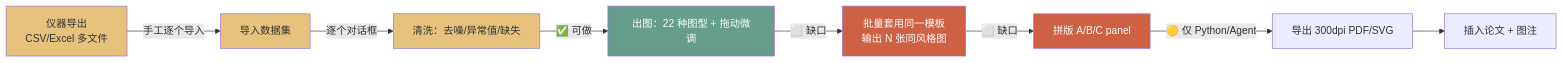
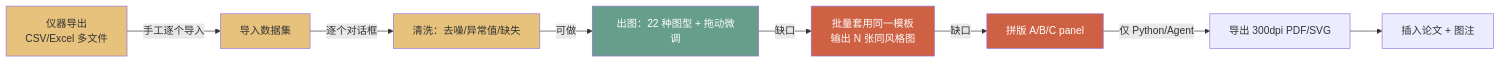
Before and after one commit to czyt1988/data-workbench: the sixth of 16 diagrams in docs/zh/roadmap.md, drawn with Mermaid. The commit also changed other lines of this file, not shown here.

First line of the commit message:
docs(路线图): 去掉 AI 腔、表情符号与星号评分

````diff
--- a/docs/zh/roadmap.md
+++ b/docs/zh/roadmap.md
@@ -416,16 +416,16 @@
 ```mermaid
 flowchart LR
     S1["仪器导出<br/>CSV/Excel 多文件"] -->|"手工逐个导入"| S2["导入数据集"]
     S2 -->|"逐个对话框"| S3["清洗：去噪/异常值/缺失"]
-    S3 -->|"✅ 可做"| S4["出图：22 种图型 + 拖动微调"]
-    S4 -->|"⬜ 缺口"| S5["批量套用同一模板<br/>输出 N 张同风格图"]
-    S5 -->|"⬜ 缺口"| S6["拼版 A/B/C panel"]
-    S6 -->|"🟡 仅 Python/Agent"| S7["导出 300dpi PDF/SVG"]
+    S3 -->|"可做"| S4["出图：22 种图型 + 拖动微调"]
+    S4 -->|"缺口"| S5["批量套用同一模板<br/>输出 N 张同风格图"]
+    S5 -->|"缺口"| S6["拼版 A/B/C panel"]
+    S6 -->|"仅 Python/Agent"| S7["导出 300dpi PDF/SVG"]
     S7 --> S8["插入论文 + 图注"]
     classDef ok fill:#669E8B,color:#fff
     classDef part fill:#E6C27C
     classDef gap fill:#CE6043,color:#fff
     class S4 ok
     class S1,S2,S3 part
     class S5,S6 gap
 ```
````
